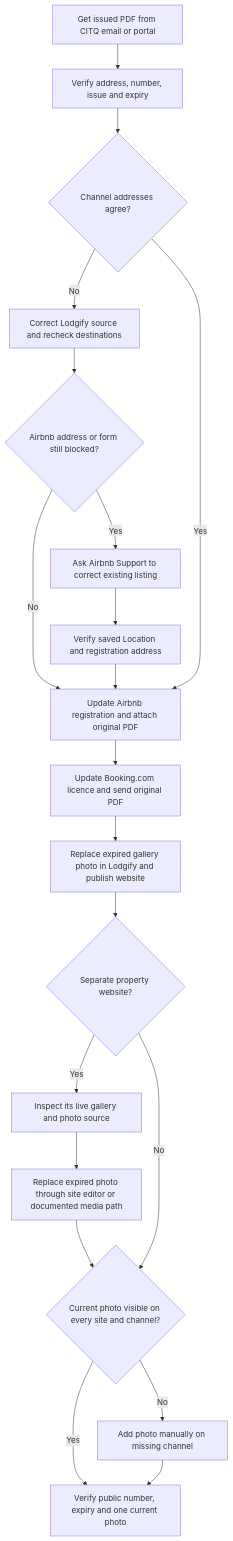
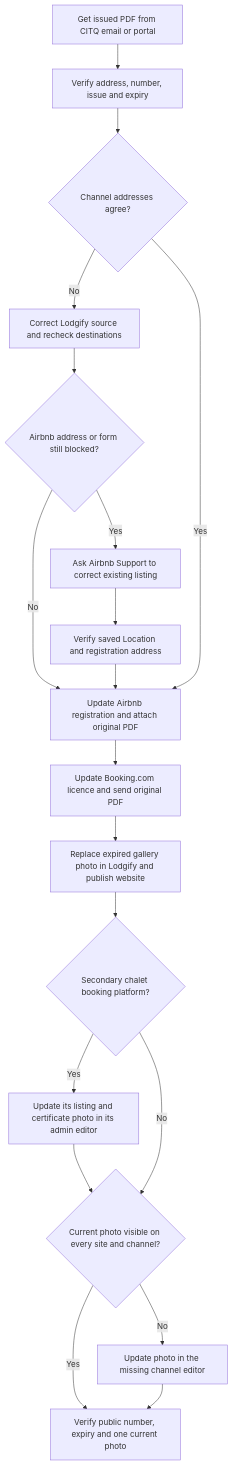
One commit to starodubtsevconsulting/ai-fleas changed the diagram in ai-commands/connect/citq-certificate-channels-update/SKILL.md. Above: the diagram before and after it, drawn with Mermaid. The commit also changed other lines of this file, not shown here.

Commit message:
Treat ChaletWhisper as a booking channel in CITQ skill

````diff
--- a/ai-commands/connect/citq-certificate-channels-update/SKILL.md
+++ b/ai-commands/connect/citq-certificate-channels-update/SKILL.md
@@ -16,22 +16,21 @@
 ```mermaid
 flowchart TD
     A[Get issued PDF from CITQ email or portal] --> B[Verify address, number, issue and expiry]
     B --> C{Channel addresses agree?}
     C -- No --> D[Correct Lodgify source and recheck destinations]
     D --> E{Airbnb address or form still blocked?}
     E -- Yes --> F[Ask Airbnb Support to correct existing listing]
     F --> G[Verify saved Location and registration address]
     E -- No --> H[Update Airbnb registration and attach original PDF]
     G --> H
     C -- Yes --> H
     H --> I[Update Booking.com licence and send original PDF]
     I --> J[Replace expired gallery photo in Lodgify and publish website]
-    J --> N{Separate property website?}
-    N -- Yes --> O[Inspect its live gallery and photo source]
-    O --> P[Replace expired photo through site editor or documented media path]
-    P --> K{Current photo visible on every site and channel?}
+    J --> N{Secondary chalet booking platform?}
+    N -- Yes --> O[Update its listing and certificate photo in its admin editor]
+    O --> K{Current photo visible on every site and channel?}
     N -- No --> K
-    K -- No --> L[Add photo manually on missing channel]
+    K -- No --> L[Update photo in the missing channel editor]
     K -- Yes --> M[Verify public number, expiry and one current photo]
     L --> M
 ```
````
